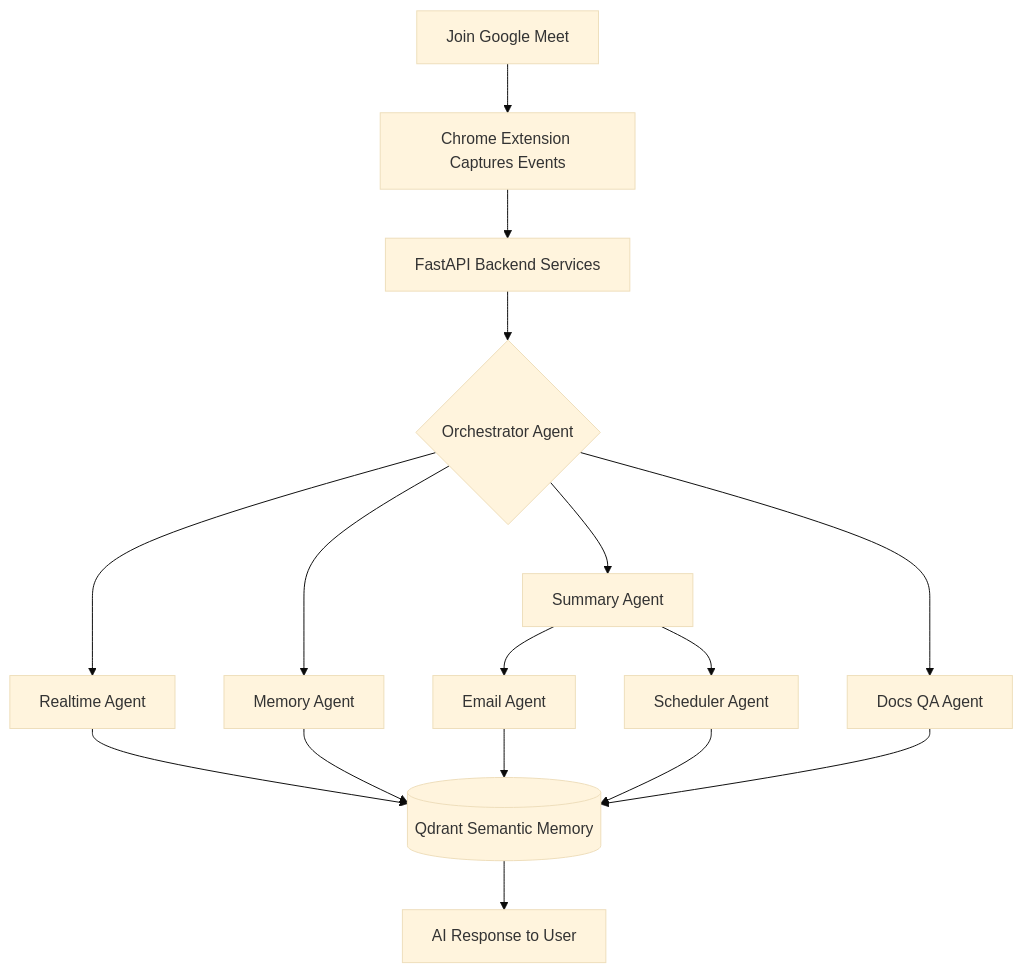
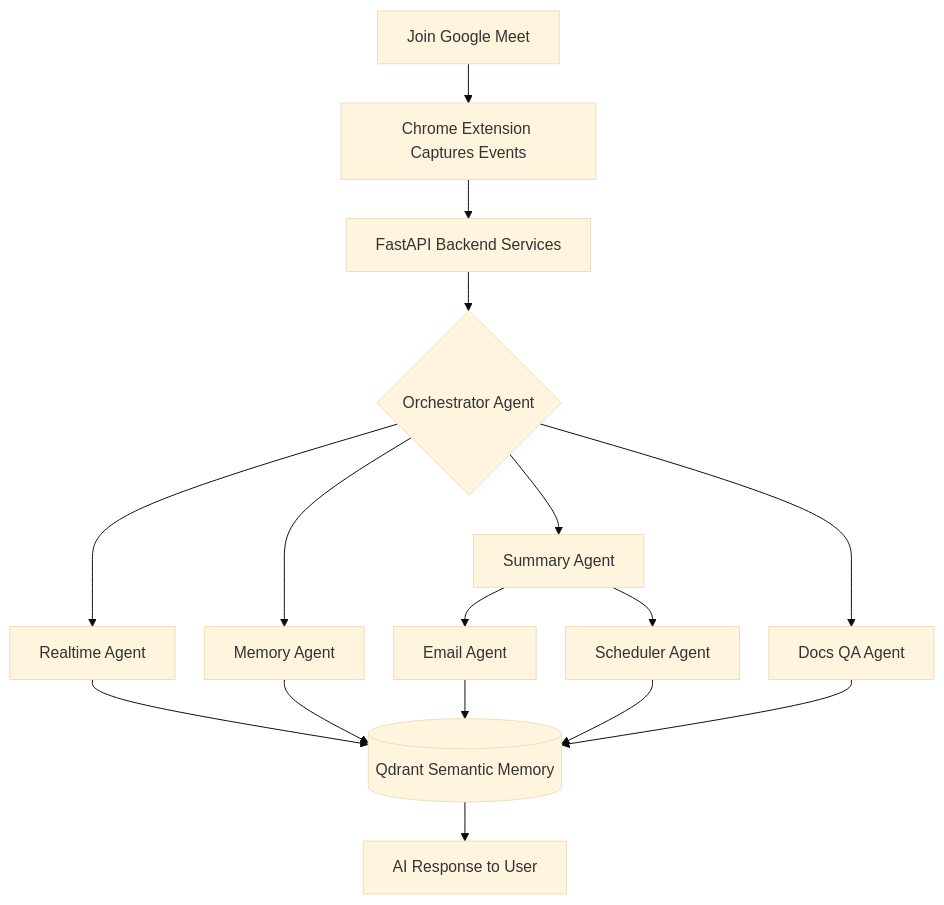
Before and after one commit to darshan-gowdaa/MeetMaxxing: the second of 2 diagrams in README.md, drawn with Mermaid (base theme). The commit also changed other lines of this file, not shown here.

````diff
--- a/README.md
+++ b/README.md
@@ -184,17 +397,18 @@
 ```mermaid
+%%{init: {'flowchart': {'useMaxWidth': false, 'nodeSpacing': 30, 'rankSpacing': 40} } }%%
 flowchart TD
-    A[Join Google Meet] --> B[Chrome Extension Captures Events]
-    B --> C[FastAPI Backend Services]
-    C --> D{Orchestrator Agent}
-    
-    D --> E[Realtime Agent]
-    D --> F[Summary Agent]
-    D --> G[Memory Agent]
-    
-    F --> H[Email Agent]
-    F --> I[Scheduler Agent]
-    D --> J[Docs QA Agent]
-    
-    E & G & H & I & J --> K[(Qdrant Semantic Memory)]
-    K --> L[AI Response to User]
+    A[Join Google Meet] --> B[Chrome Extension Captures Events]
+    B --> C[FastAPI Backend Services]
+    C --> D{Orchestrator Agent}
+
+    D --> E[Realtime Agent]
+    D --> F[Summary Agent]
+    D --> G[Memory Agent]
+
+    F --> H[Email Agent]
+    F --> I[Scheduler Agent]
+    D --> J[Docs QA Agent]
+
+    E & G & H & I & J --> K[(Qdrant Semantic Memory)]
+    K --> L[AI Response to User]
 ```
````
